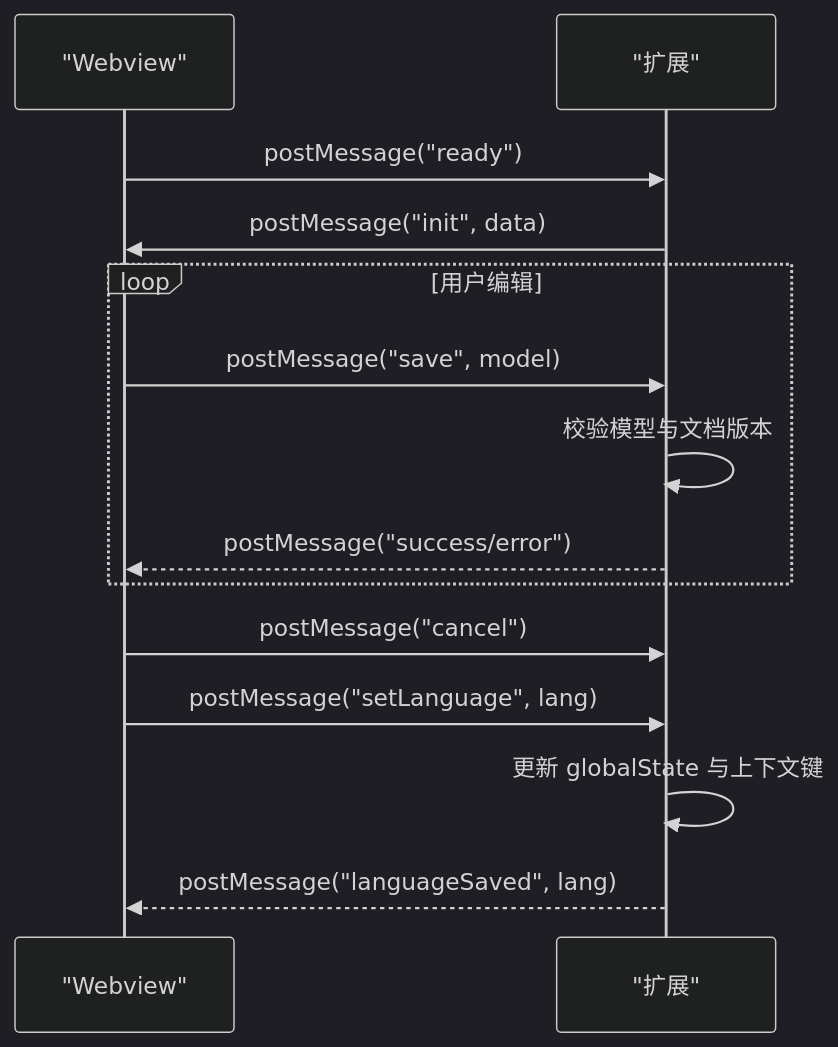
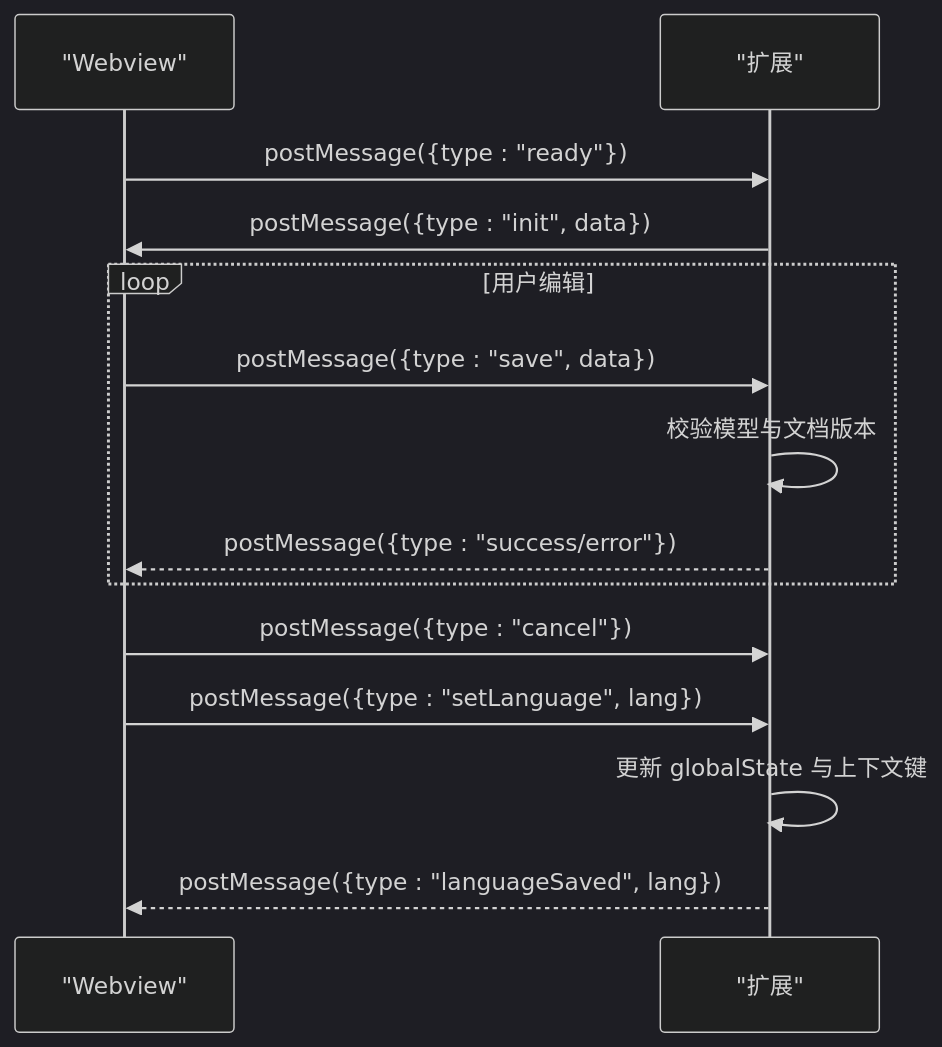
One commit to meiok1/wysjson changed the fourth of 9 diagrams in .qoder/repowiki/zh/content/核心架构设计/Webview 集成架构.md. Above: the diagram before and after it, drawn with Mermaid (dark theme). The commit also changed other lines of this file and 45 other files, not shown here.

````diff
--- a/.qoder/repowiki/zh/content/核心架构设计/Webview 集成架构.md
+++ b/.qoder/repowiki/zh/content/核心架构设计/Webview 集成架构.md
@@ -151,16 +184,16 @@
 ```mermaid
 sequenceDiagram
 participant WV as "Webview"
 participant EXT as "扩展"
-WV->>EXT : postMessage("ready")
-EXT->>WV : postMessage("init", data)
+WV->>EXT : postMessage({type : "ready"})
+EXT->>WV : postMessage({type : "init", data})
 loop 用户编辑
-WV->>EXT : postMessage("save", model)
+WV->>EXT : postMessage({type : "save", data})
 EXT->>EXT : 校验模型与文档版本
-EXT-->>WV : postMessage("success/error")
+EXT-->>WV : postMessage({type : "success/error"})
 end
-WV->>EXT : postMessage("cancel")
-WV->>EXT : postMessage("setLanguage", lang)
+WV->>EXT : postMessage({type : "cancel"})
+WV->>EXT : postMessage({type : "setLanguage", lang})
 EXT->>EXT : 更新 globalState 与上下文键
-EXT-->>WV : postMessage("languageSaved", lang)
+EXT-->>WV : postMessage({type : "languageSaved", lang})
 ```
````
